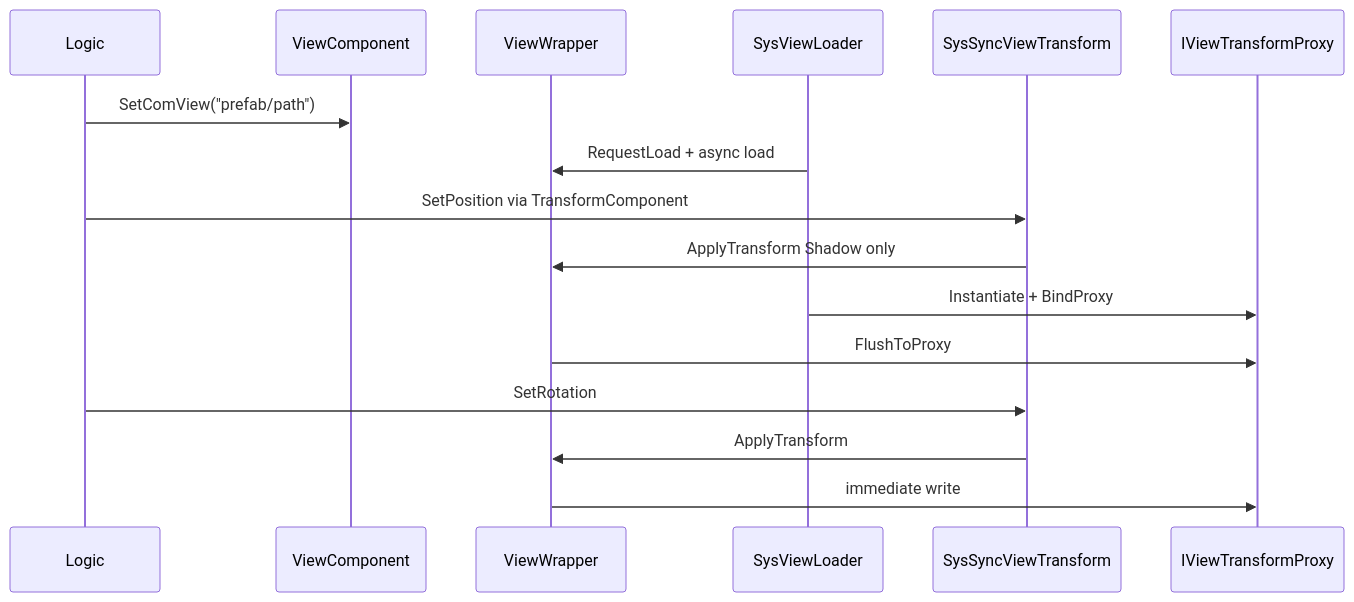
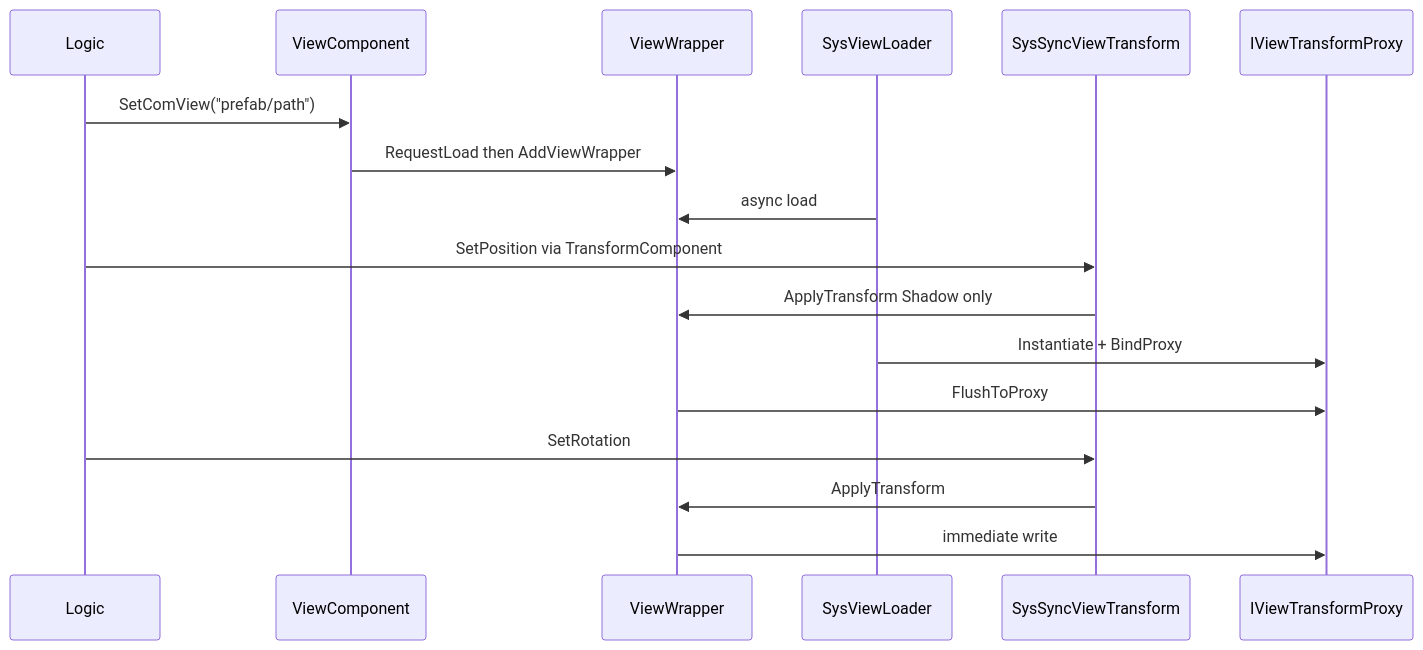
The second of 2 diagrams in Assets/HotScripts/Framework/Subassembly/ECWorld.LiteUnity/LogicComponent/ViewComponent/ViewComponent.Design.md (phoenixZn/XianzyUnity), drawn with Mermaid before and after one commit. The commit also changed other lines of this file and 4 other files, not shown here.

````diff
--- a/Assets/HotScripts/Framework/Subassembly/ECWorld.LiteUnity/LogicComponent/ViewComponent/ViewComponent.Design.md
+++ b/Assets/HotScripts/Framework/Subassembly/ECWorld.LiteUnity/LogicComponent/ViewComponent/ViewComponent.Design.md
@@ -84,19 +109,20 @@
 ```mermaid
 sequenceDiagram
     participant Logic
     participant VC as ViewComponent
     participant VW as ViewWrapper
     participant Loader as SysViewLoader
     participant Sync as SysSyncViewTransform
     participant Proxy as IViewTransformProxy
 
     Logic->>VC: SetComView("prefab/path")
-    Loader->>VW: RequestLoad + async load
+    VC->>VW: RequestLoad then AddViewWrapper
+    Loader->>VW: async load
     Logic->>Sync: SetPosition via TransformComponent
     Sync->>VW: ApplyTransform Shadow only
     Loader->>Proxy: Instantiate + BindProxy
     VW->>Proxy: FlushToProxy
     Logic->>Sync: SetRotation
     Sync->>VW: ApplyTransform
     VW->>Proxy: immediate write
 ```
````
